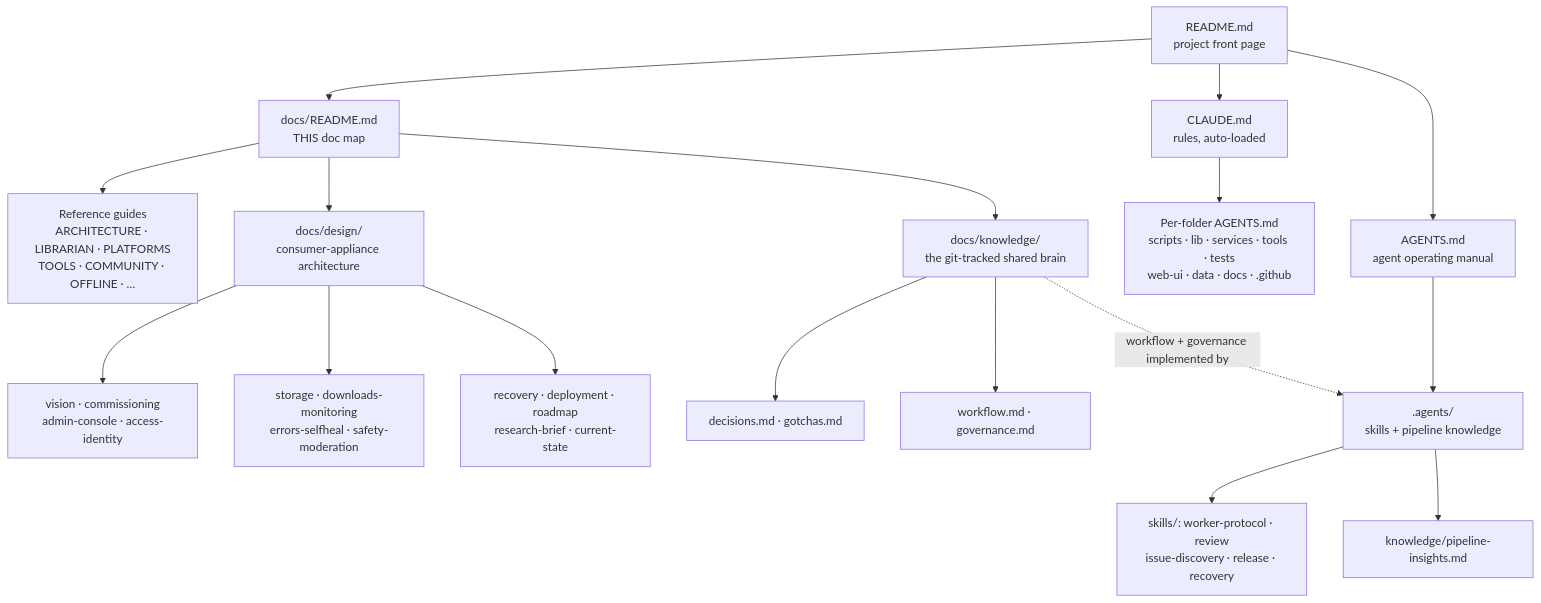
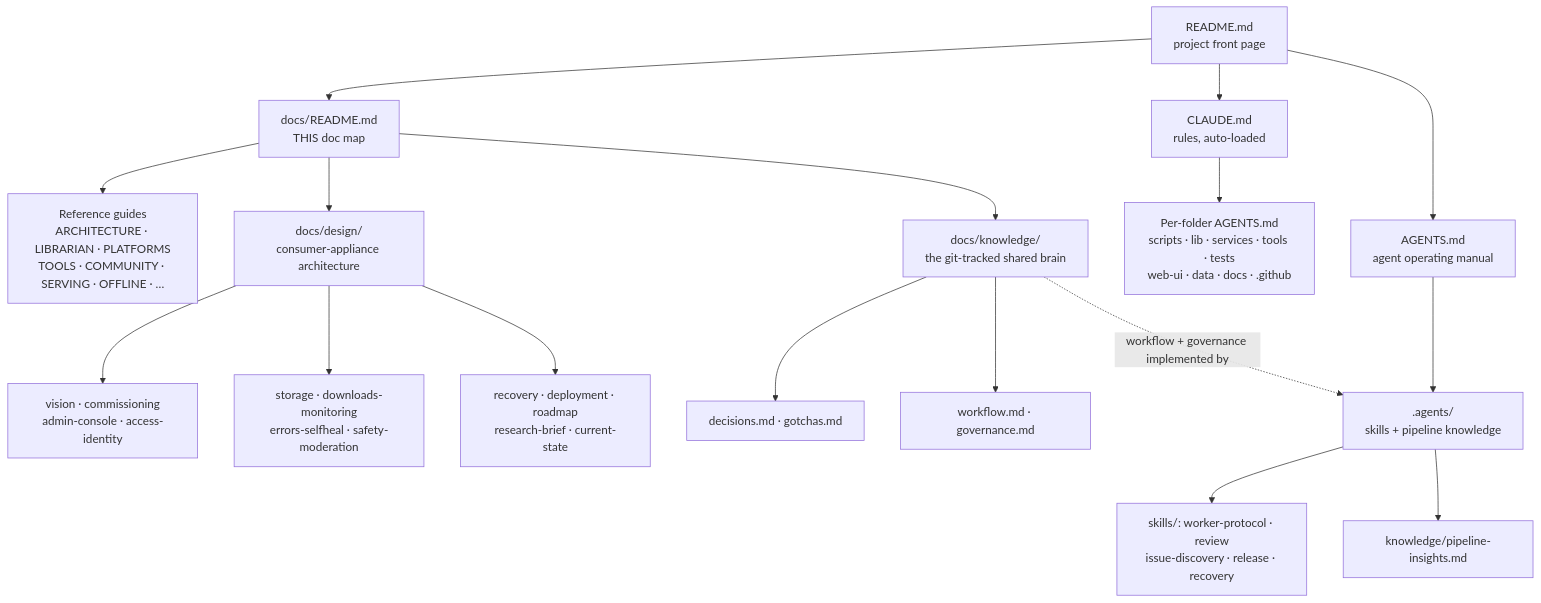
The diagram in docs/README.md (mvalancy/val-ark), drawn with Mermaid before and after one commit. The commit also changed other lines of this file and 46 other files, not shown here.

First line of the commit message:
Release 0.1.28 — descriptions on every card, offline desktop apps + build-from-source, static vs dynamic serving guide (#278)

````diff
--- a/docs/README.md
+++ b/docs/README.md
@@ -25,25 +26,25 @@
 ```mermaid
 graph TD
     ROOT[README.md<br/>project front page] --> DOCS[docs/README.md<br/>THIS doc map]
     ROOT --> CLAUDE[CLAUDE.md<br/>rules, auto-loaded]
     ROOT --> AGENTS[AGENTS.md<br/>agent operating manual]
 
-    DOCS --> GUIDES[Reference guides<br/>ARCHITECTURE · LIBRARIAN · PLATFORMS<br/>TOOLS · COMMUNITY · OFFLINE · …]
+    DOCS --> GUIDES[Reference guides<br/>ARCHITECTURE · LIBRARIAN · PLATFORMS<br/>TOOLS · COMMUNITY · SERVING · OFFLINE · …]
     DOCS --> DESIGN[docs/design/<br/>consumer-appliance architecture]
     DOCS --> KNOW[docs/knowledge/<br/>the git-tracked shared brain]
     AGENTS --> AG[.agents/<br/>skills + pipeline knowledge]
 
     DESIGN --> D1[vision · commissioning<br/>admin-console · access-identity]
     DESIGN --> D2[storage · downloads-monitoring<br/>errors-selfheal · safety-moderation]
     DESIGN --> D3[recovery · deployment · roadmap<br/>research-brief · current-state]
 
     KNOW --> K1[decisions.md · gotchas.md]
     KNOW --> K2[workflow.md · governance.md]
 
     AG --> S1[skills/: worker-protocol · review<br/>issue-discovery · release · recovery]
     AG --> S2[knowledge/pipeline-insights.md]
 
     KNOW -.->|"workflow + governance implemented by"| AG
 
     CLAUDE --> FOLDERS[Per-folder AGENTS.md<br/>scripts · lib · services · tools · tests<br/>web-ui · data · docs · .github]
 ```
````
